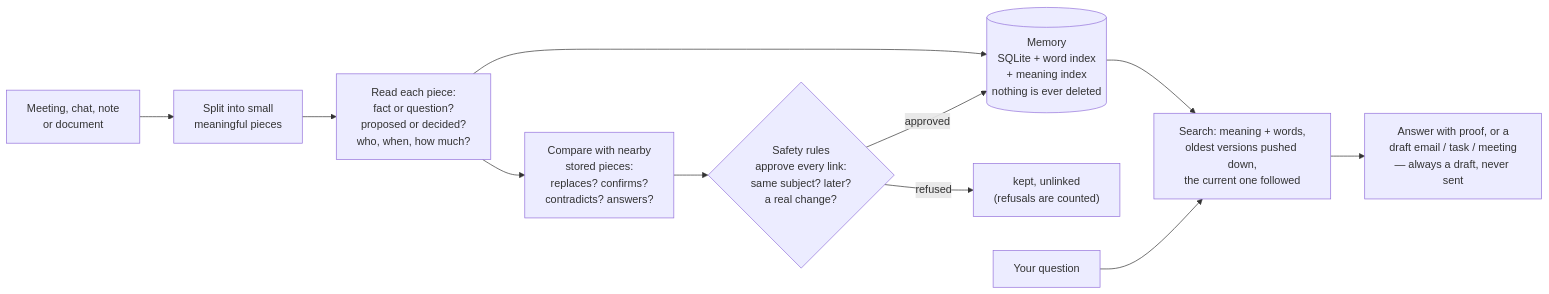
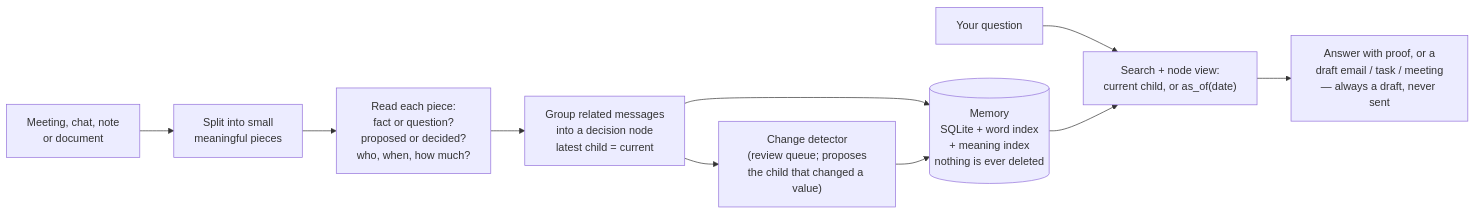
Before and after one commit to X-TechPro/Semantic-Agent-Engine: the first of 2 diagrams in README.md, drawn with Mermaid. The commit also changed other lines of this file and 100 other files, not shown here.

First line of the commit message:
Ship v3 decision-node architecture and measured pipeline

````diff
--- a/README.md
+++ b/README.md
@@ -23,13 +26,12 @@
 ```mermaid
 flowchart LR
     A["Meeting, chat, note<br/>or document"] --> B["Split into small<br/>meaningful pieces"]
     B --> C["Read each piece:<br/>fact or question?<br/>proposed or decided?<br/>who, when, how much?"]
-    C --> D[("Memory<br/>SQLite + word index<br/>+ meaning index<br/>nothing is ever deleted")]
-    C --> E["Compare with nearby<br/>stored pieces:<br/>replaces? confirms?<br/>contradicts? answers?"]
-    E --> F{"Safety rules<br/>approve every link:<br/>same subject? later?<br/>a real change?"}
-    F -- "approved" --> D
-    F -- "refused" --> G["kept, unlinked<br/>(refusals are counted)"]
-    Q["Your question"] --> R["Search: meaning + words,<br/>oldest versions pushed down,<br/>the current one followed"]
+    C --> N["Group related messages<br/>into a decision node<br/>latest child = current"]
+    N --> D[("Memory<br/>SQLite + word index<br/>+ meaning index<br/>nothing is ever deleted")]
+    N --> E["Change detector<br/>(review queue; proposes<br/>the child that changed a value)"]
+    E --> D
+    Q["Your question"] --> R["Search + node view:<br/>current child, or as_of(date)"]
     D --> R
     R --> S["Answer with proof, or a<br/>draft email / task / meeting<br/>— always a draft, never sent"]
 ```
````
